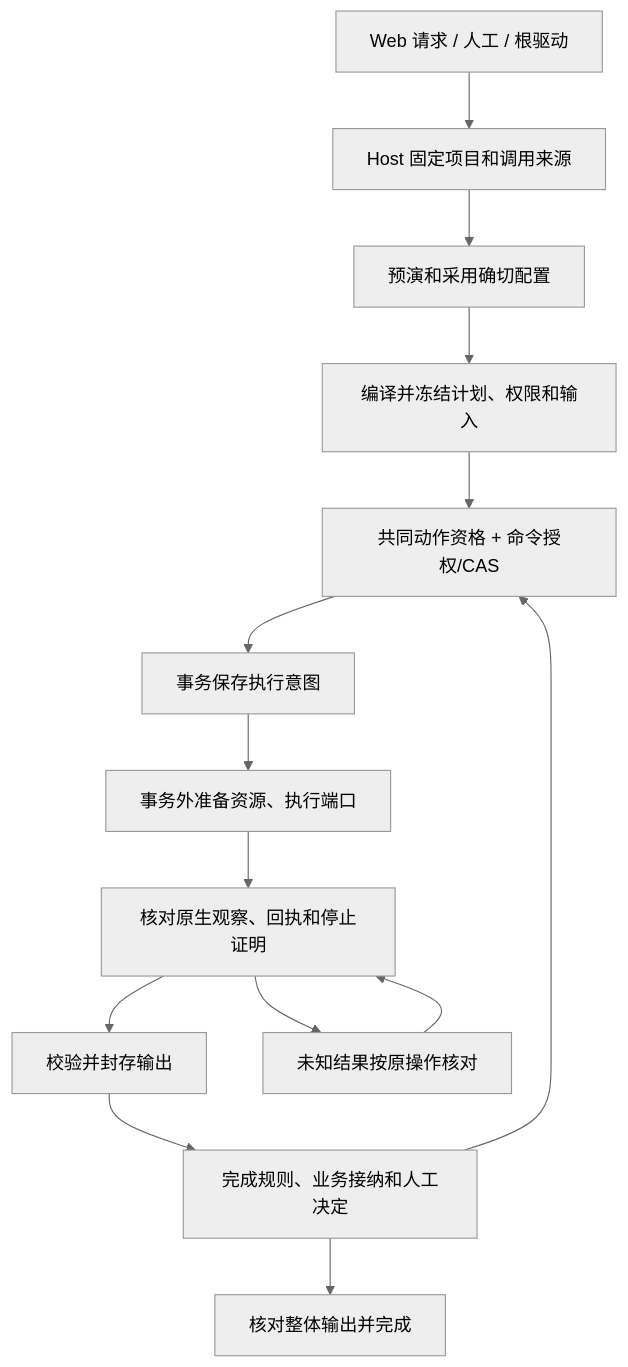
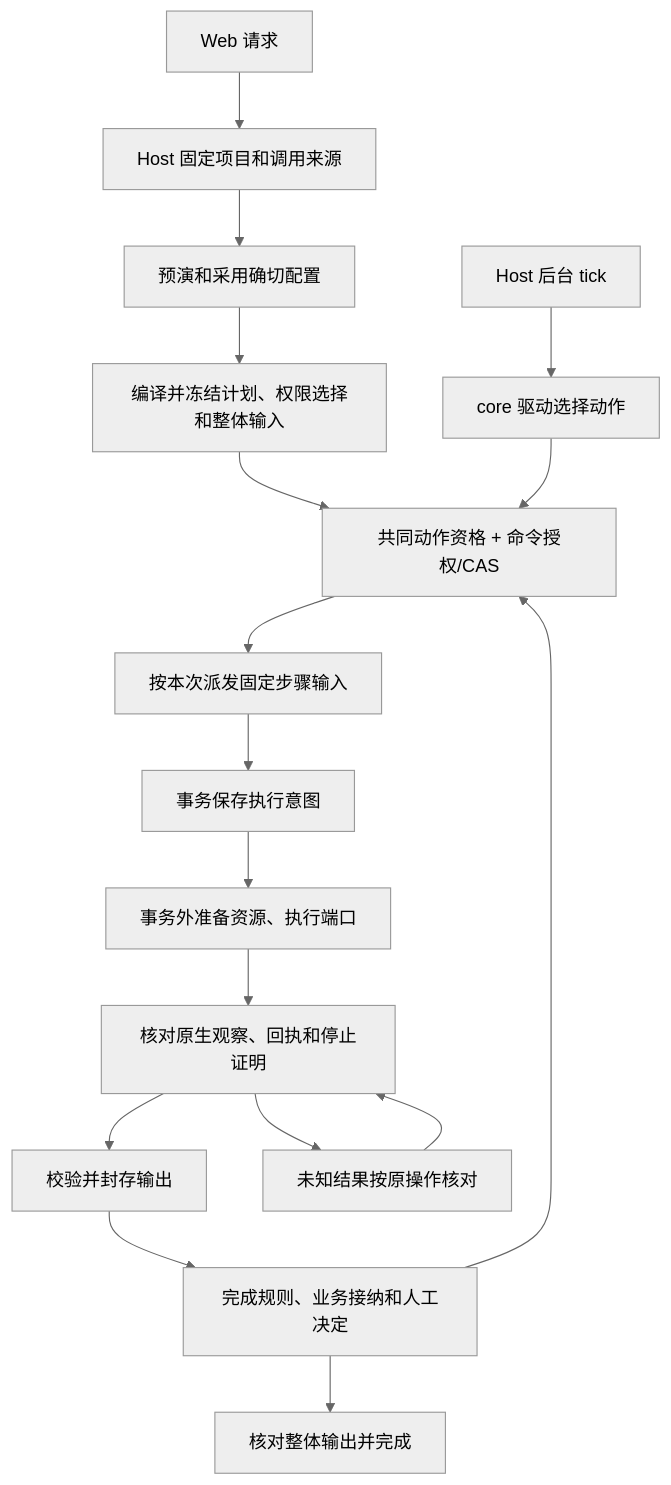
The diagram in docs/crates/execution-flows.md (xfork24/devdesk), drawn with Mermaid (neutral theme) before and after one commit. The commit also changed other lines of this file and 24 other files, not shown here.

````diff
--- a/docs/crates/execution-flows.md
+++ b/docs/crates/execution-flows.md
@@ -7,16 +7,19 @@
 ```mermaid
 flowchart TD
-    UI[Web 请求 / 人工 / 根驱动] --> Host[Host 固定项目和调用来源]
+    UI[Web 请求] --> Host[Host 固定项目和调用来源]
     Host --> Config[预演和采用确切配置]
-    Config --> Plan[编译并冻结计划、权限和输入]
+    Config --> Plan[编译并冻结计划、权限选择和整体输入]
     Plan --> Gate[共同动作资格 + 命令授权/CAS]
-    Gate --> Intent[事务保存执行意图]
+    Timer[Host 后台 tick] --> Driver[core 驱动选择动作]
+    Driver --> Gate
+    Gate --> Step[按本次派发固定步骤输入]
+    Step --> Intent[事务保存执行意图]
     Intent --> IO[事务外准备资源、执行端口]
     IO --> Observe[核对原生观察、回执和停止证明]
     Observe --> Output[校验并封存输出]
     Output --> Accept[完成规则、业务接纳和人工决定]
     Accept --> Gate
     Accept --> Complete[核对整体输出并完成]
     Observe --> Reconcile[未知结果按原操作核对]
     Reconcile --> Observe
 ```
````
